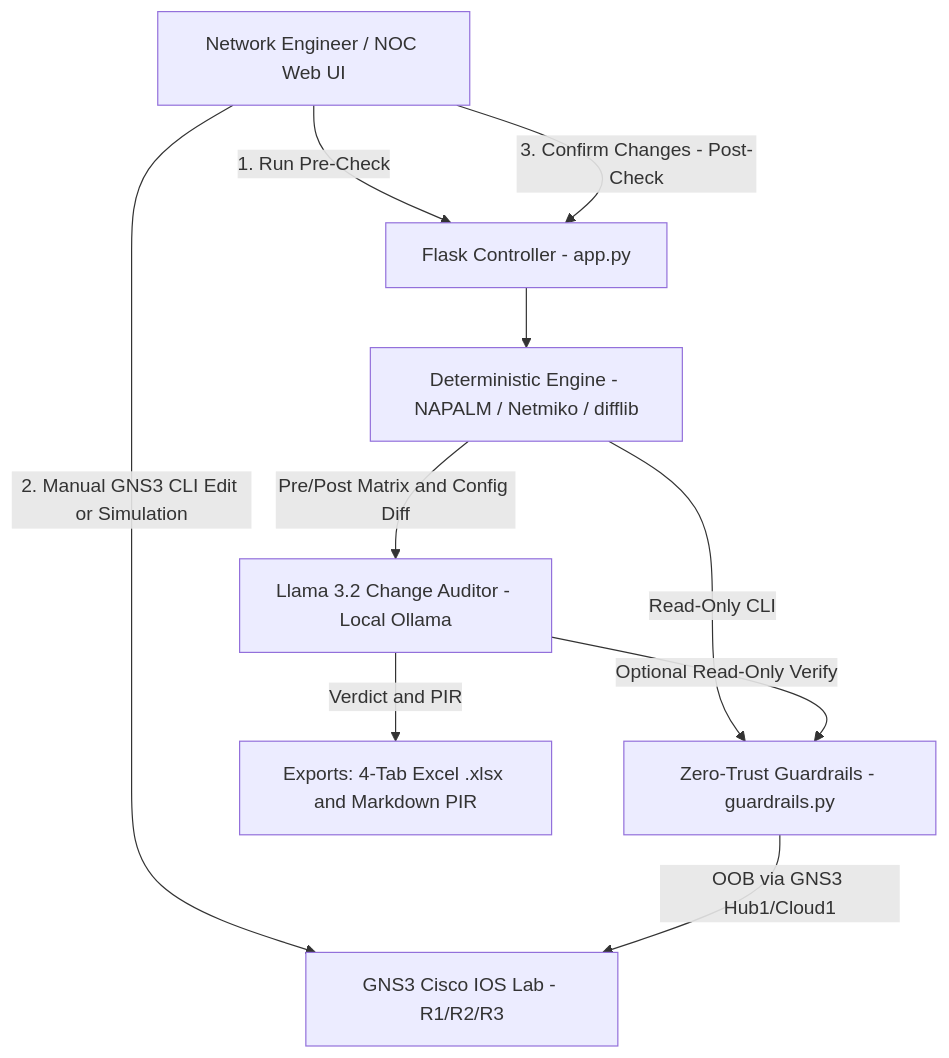
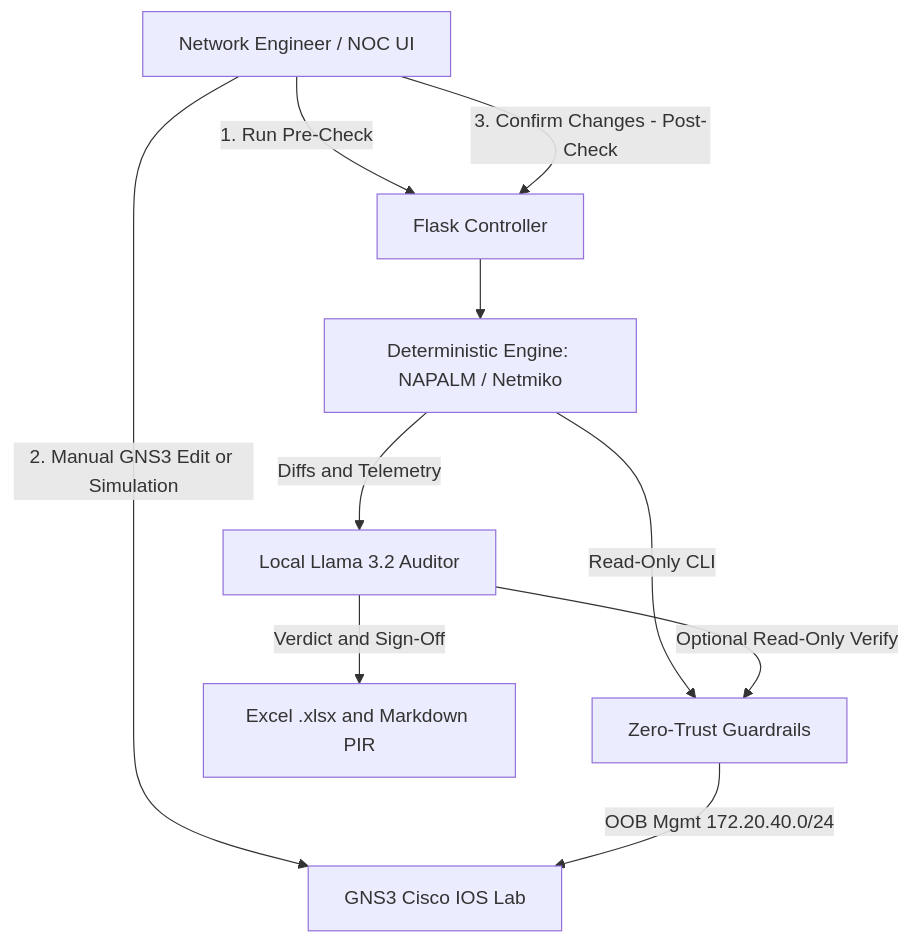
The diagram in README.md (shahkh-eng/netops-ai-mop-auditor), drawn with Mermaid before and after one commit.

````diff
--- a/README.md
+++ b/README.md
@@ -45,14 +45,14 @@
 ```mermaid
-flowchart TB
-    Eng["Network Engineer / NOC Web UI"] -->|1. Run Pre-Check| Flask["Flask Controller - app.py"]
-    Eng -->|2. Manual GNS3 CLI Edit or Simulation| Lab["GNS3 Cisco IOS Lab - R1/R2/R3"]
-    Eng -->|3. Confirm Changes - Post-Check| Flask
+graph TD
+    A[Network Engineer / NOC UI] -->|1. Run Pre-Check| B[Flask Controller]
+    A -->|2. Manual GNS3 Edit or Simulation| C[GNS3 Cisco IOS Lab]
+    A -->|3. Confirm Changes - Post-Check| B
 
-    Flask --> Snap["Deterministic Engine - NAPALM / Netmiko / difflib"]
-    Snap -->|Read-Only CLI| Guard["Zero-Trust Guardrails - guardrails.py"]
-    Guard -->|OOB via GNS3 Hub1/Cloud1| Lab
+    B --> D[Deterministic Engine: NAPALM / Netmiko]
+    D -->|Read-Only CLI| E[Zero-Trust Guardrails]
+    E -->|OOB Mgmt 172.20.40.0/24| C
 
-    Snap -->|Pre/Post Matrix and Config Diff| AI["Llama 3.2 Change Auditor - Local Ollama"]
-    AI -->|Optional Read-Only Verify| Guard
-    AI -->|Verdict and PIR| Out["Exports: 4-Tab Excel .xlsx and Markdown PIR"]
+    D -->|Diffs and Telemetry| F[Local Llama 3.2 Auditor]
+    F -->|Optional Read-Only Verify| E
+    F -->|Verdict and Sign-Off| G[Excel .xlsx and Markdown PIR]
 ```
````
